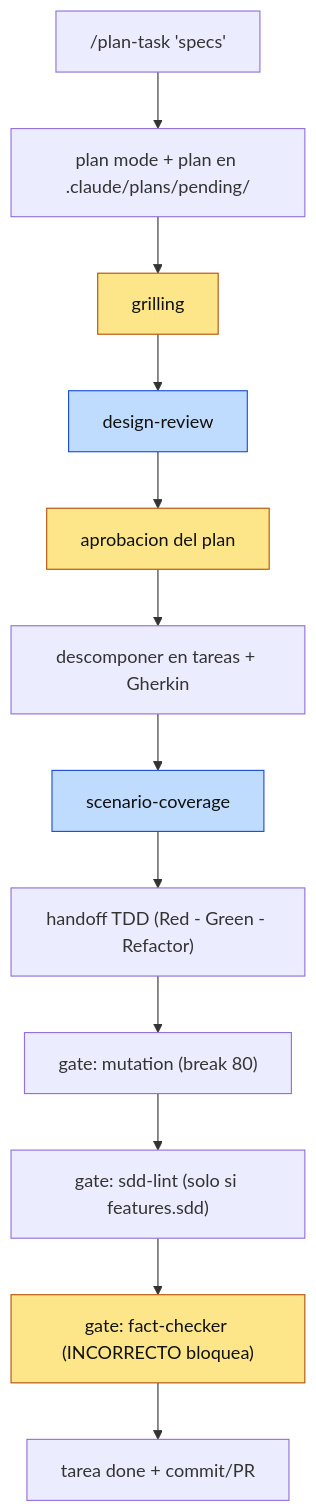
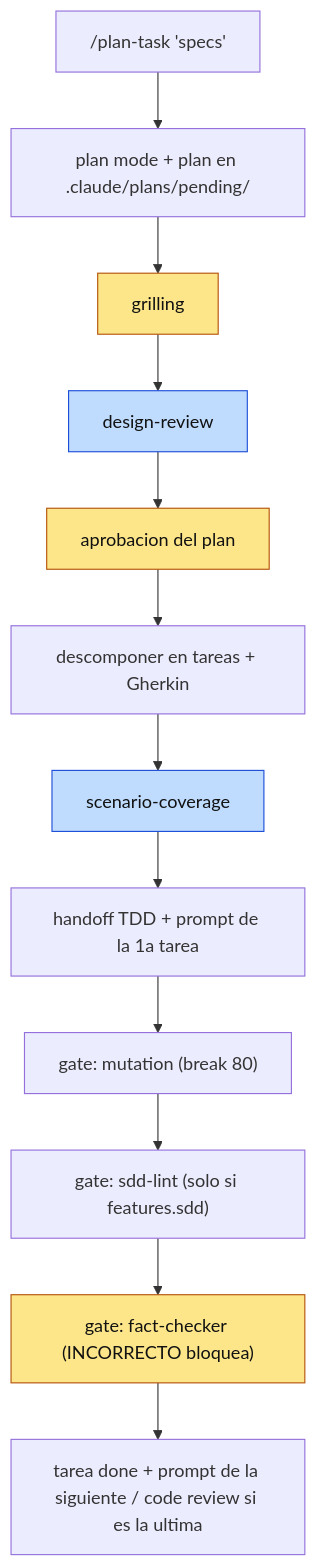
Before and after one commit to drossan/claude-plugins: the first of 2 diagrams in task-pipeline/README.md, drawn with Mermaid. The commit also changed other lines of this file and 9 other files, not shown here.

Commit message:
feat(plan-task): prompt de arranque automático, code review al cerrar el plan y filtro de preguntas (0.17.0)

````diff
--- a/task-pipeline/README.md
+++ b/task-pipeline/README.md
@@ -6,19 +6,19 @@
 ```mermaid
 flowchart TD
     A["/plan-task 'specs'"] --> B["plan mode + plan en .claude/plans/pending/"]
     B --> G["grilling"]
     G --> DR["design-review"]
     DR --> AP["aprobacion del plan"]
     AP --> T["descomponer en tareas + Gherkin"]
     T --> SC["scenario-coverage"]
-    SC --> HO["handoff TDD (Red - Green - Refactor)"]
+    SC --> HO["handoff TDD + prompt de la 1a tarea"]
     HO --> M["gate: mutation (break 80)"]
     M --> SL["gate: sdd-lint (solo si features.sdd)"]
     SL --> FC["gate: fact-checker (INCORRECTO bloquea)"]
-    FC --> D["tarea done + commit/PR"]
+    FC --> D["tarea done + prompt de la siguiente / code review si es la ultima"]
 
     classDef human fill:#fde68a,stroke:#b45309,color:#111
     classDef agent fill:#bfdbfe,stroke:#1d4ed8,color:#111
     class G,AP,FC human
     class DR,SC agent
 ```
````
